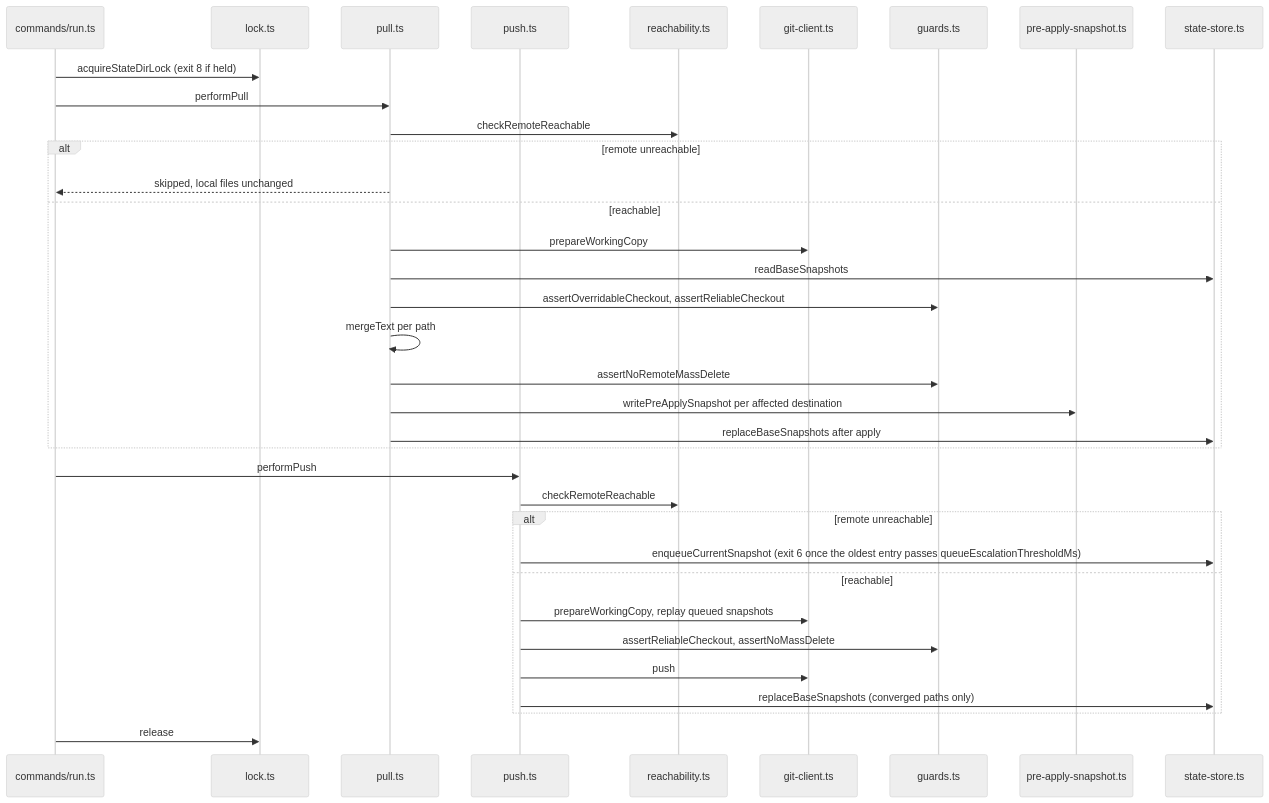
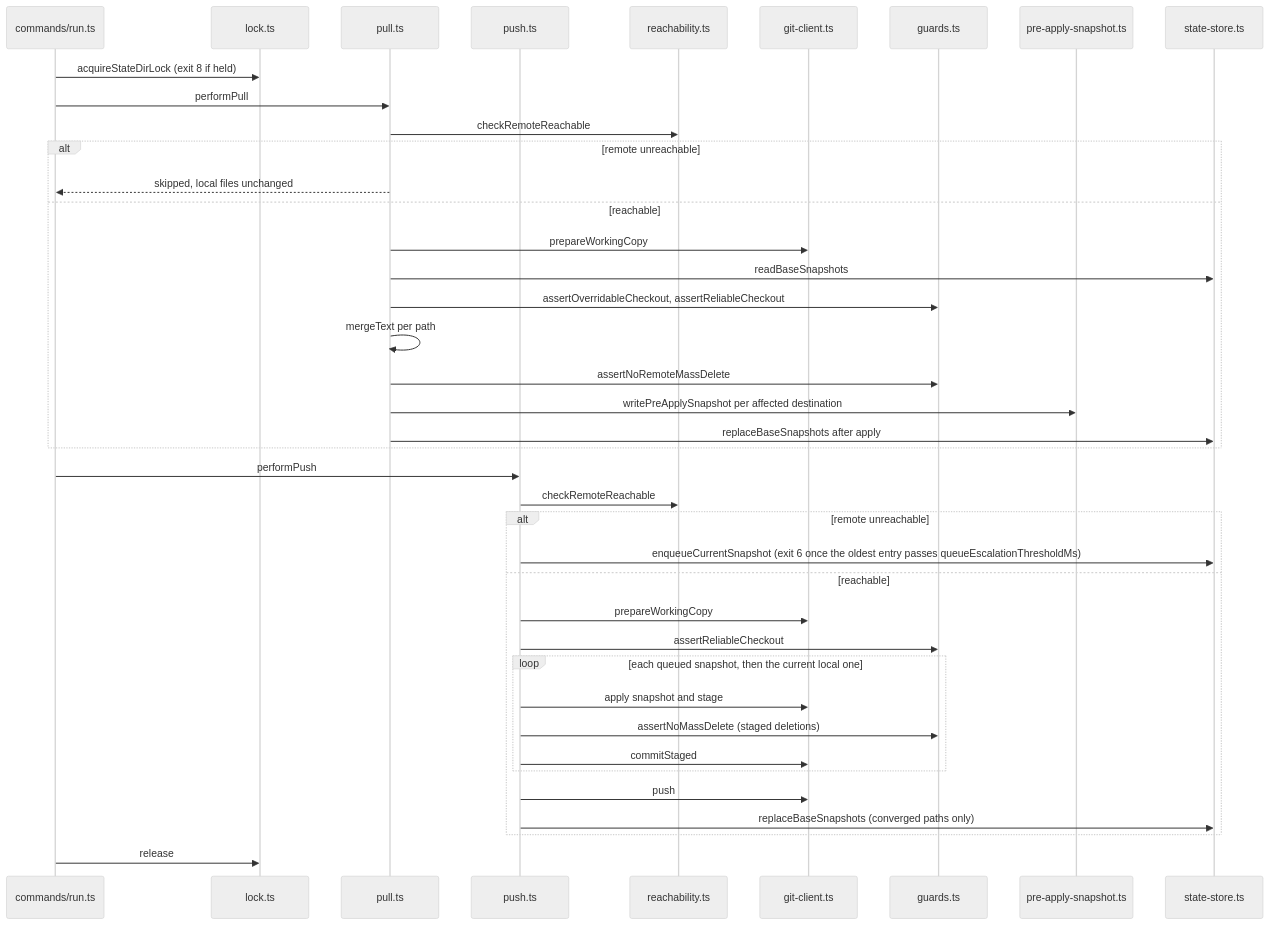
One commit to LanNguyenSi/agent-memory changed the diagram in packages/agent-memory-sync/docs/architecture.md. Above: the diagram before and after it, drawn with Mermaid (neutral theme). The commit also changed other lines of this file and 1 other file, not shown here.

First line of the commit message:
docs(agent-memory-sync): correct push guard order and config loading in architecture

````diff
--- a/packages/agent-memory-sync/docs/architecture.md
+++ b/packages/agent-memory-sync/docs/architecture.md
@@ -172,37 +175,42 @@
 ```mermaid
 sequenceDiagram
     participant Run as commands/run.ts
     participant Lock as lock.ts
     participant Pull as pull.ts
     participant Push as push.ts
     participant Reach as reachability.ts
     participant Git as git-client.ts
     participant Guards as guards.ts
     participant Snap as pre-apply-snapshot.ts
     participant State as state-store.ts
     Run->>Lock: acquireStateDirLock (exit 8 if held)
     Run->>Pull: performPull
     Pull->>Reach: checkRemoteReachable
     alt remote unreachable
         Pull-->>Run: skipped, local files unchanged
     else reachable
         Pull->>Git: prepareWorkingCopy
         Pull->>State: readBaseSnapshots
         Pull->>Guards: assertOverridableCheckout, assertReliableCheckout
         Pull->>Pull: mergeText per path
         Pull->>Guards: assertNoRemoteMassDelete
         Pull->>Snap: writePreApplySnapshot per affected destination
         Pull->>State: replaceBaseSnapshots after apply
     end
     Run->>Push: performPush
     Push->>Reach: checkRemoteReachable
     alt remote unreachable
         Push->>State: enqueueCurrentSnapshot (exit 6 once the oldest entry passes queueEscalationThresholdMs)
     else reachable
-        Push->>Git: prepareWorkingCopy, replay queued snapshots
-        Push->>Guards: assertReliableCheckout, assertNoMassDelete
+        Push->>Git: prepareWorkingCopy
+        Push->>Guards: assertReliableCheckout
+        loop each queued snapshot, then the current local one
+            Push->>Git: apply snapshot and stage
+            Push->>Guards: assertNoMassDelete (staged deletions)
+            Push->>Git: commitStaged
+        end
         Push->>Git: push
         Push->>State: replaceBaseSnapshots (converged paths only)
     end
     Run->>Lock: release
 ```
````
